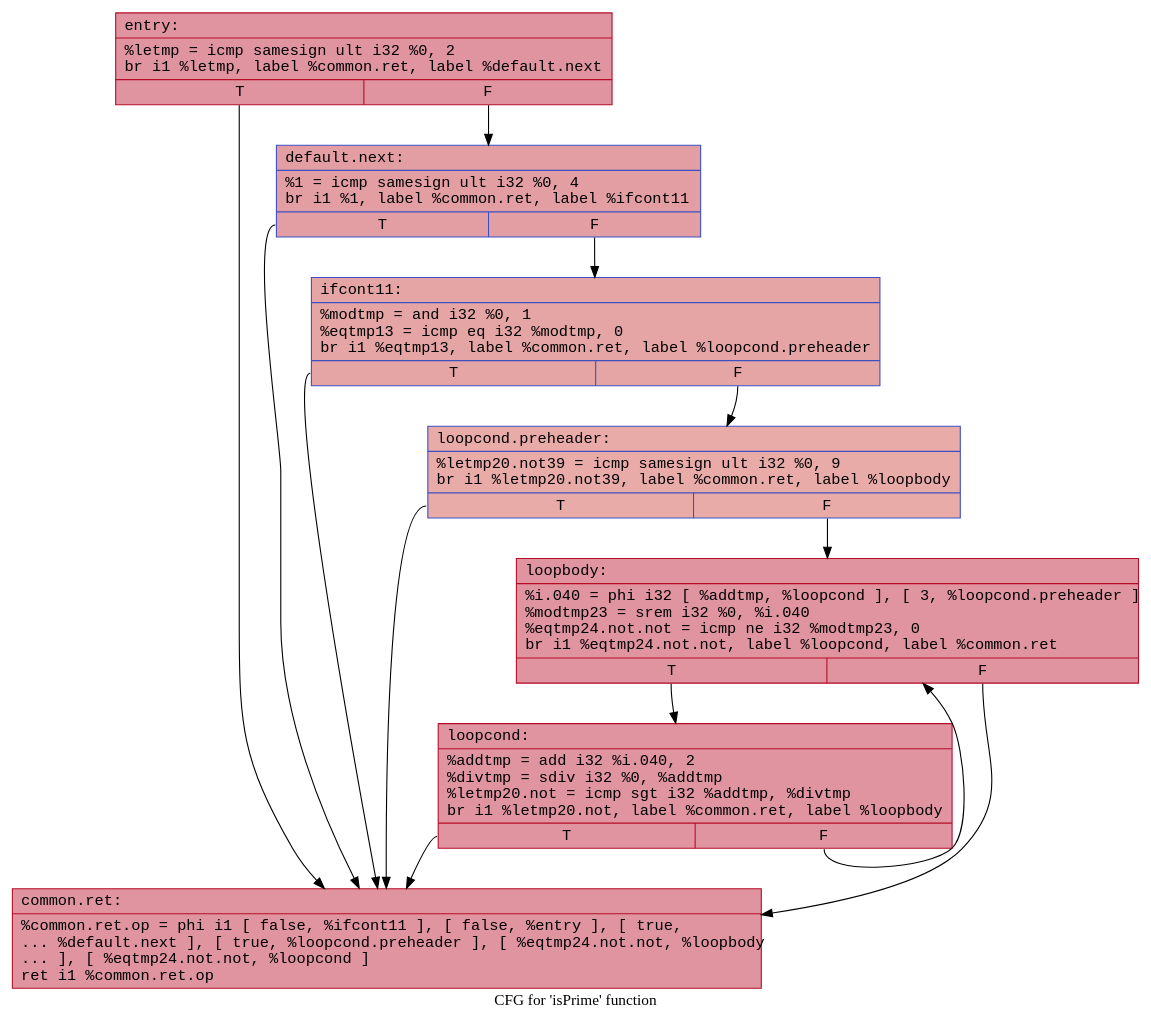
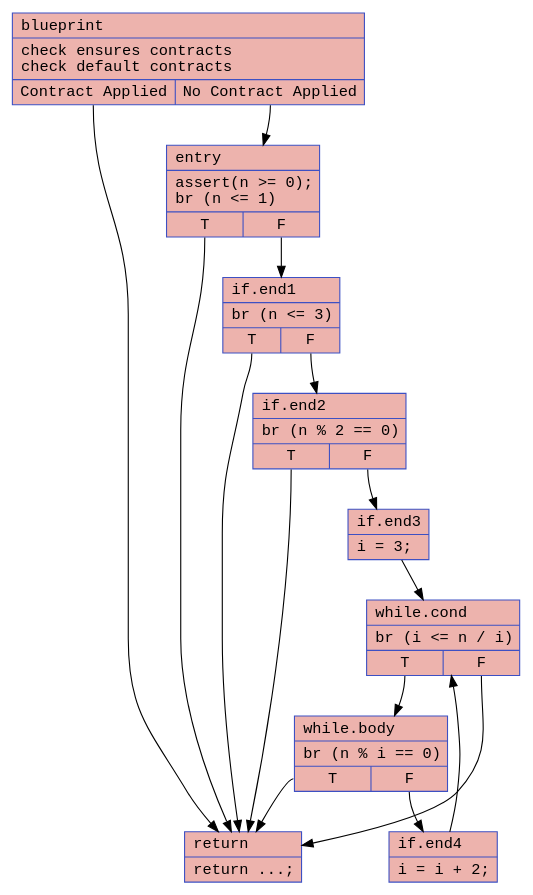
One commit to twanman1412/blueprintScript changed the first of 4 diagrams in examples/prime_test/prime_test.md. Above: the diagram before and after it, drawn with Graphviz. The commit also changed other lines of this file and 58 other files, not shown here.

````diff
--- a/examples/prime_test/prime_test.md
+++ b/examples/prime_test/prime_test.md
@@ -71,25 +4,35 @@
 ```dot
-digraph "CFG for 'isPrime' function" {
-	label="CFG for 'isPrime' function";
+digraph "CFG for isPrime" {
+	blueprint [shape=record, color="#3d50c3ff", style=filled, fillcolor="#d6524470", fontname="Courier", label="{blueprint\l|check ensures contracts\lcheck default contracts\l|{<s0>Contract Applied|<s1>No Contract Applied}}"];
+	blueprint:s0 -> ret;
+	blueprint:s1 -> entry;
 
-	Node0x5625ad029090 [shape=record,color="#b70d28ff", style=filled, fillcolor="#b70d2870", fontname="Courier",label="{entry:\l|  %letmp = icmp samesign ult i32 %0, 2\l  br i1 %letmp, label %common.ret, label %default.next\l|{<s0>T|<s1>F}}"];
-	Node0x5625ad029090:s0 -> Node0x5625ad0291d0;
-	Node0x5625ad029090:s1 -> Node0x5625ad029900;
-	Node0x5625ad0291d0 [shape=record,color="#b70d28ff", style=filled, fillcolor="#b70d2870", fontname="Courier",label="{common.ret:\l|  %common.ret.op = phi i1 [ false, %ifcont11 ], [ false, %entry ], [ true,\l... %default.next ], [ true, %loopcond.preheader ], [ %eqtmp24.not.not, %loopbody\l... ], [ %eqtmp24.not.not, %loopcond ]\l  ret i1 %common.ret.op\l}"];
-	Node0x5625ad029900 [shape=record,color="#3d50c3ff", style=filled, fillcolor="#be242e70", fontname="Courier",label="{default.next:\l|  %1 = icmp samesign ult i32 %0, 4\l  br i1 %1, label %common.ret, label %ifcont11\l|{<s0>T|<s1>F}}"];
-	Node0x5625ad029900:s0 -> Node0x5625ad0291d0;
-	Node0x5625ad029900:s1 -> Node0x5625ad0298a0;
-	Node0x5625ad0298a0 [shape=record,color="#3d50c3ff", style=filled, fillcolor="#c5333470", fontname="Courier",label="{ifcont11:\l|  %modtmp = and i32 %0, 1\l  %eqtmp13 = icmp eq i32 %modtmp, 0\l  br i1 %eqtmp13, label %common.ret, label %loopcond.preheader\l|{<s0>T|<s1>F}}"];
-	Node0x5625ad0298a0:s0 -> Node0x5625ad0291d0;
-	Node0x5625ad0298a0:s1 -> Node0x5625ad02a3e0;
-	Node0x5625ad02a3e0 [shape=record,color="#3d50c3ff", style=filled, fillcolor="#cc403a70", fontname="Courier",label="{loopcond.preheader:\l|  %letmp20.not39 = icmp samesign ult i32 %0, 9\l  br i1 %letmp20.not39, label %common.ret, label %loopbody\l|{<s0>T|<s1>F}}"];
-	Node0x5625ad02a3e0:s0 -> Node0x5625ad0291d0;
-	Node0x5625ad02a3e0:s1 -> Node0x5625ad02a580;
-	Node0x5625ad02a6a0 [shape=record,color="#b70d28ff", style=filled, fillcolor="#b70d2870", fontname="Courier",label="{loopcond:\l|  %addtmp = add i32 %i.040, 2\l  %divtmp = sdiv i32 %0, %addtmp\l  %letmp20.not = icmp sgt i32 %addtmp, %divtmp\l  br i1 %letmp20.not, label %common.ret, label %loopbody\l|{<s0>T|<s1>F}}"];
-	Node0x5625ad02a6a0:s0 -> Node0x5625ad0291d0;
-	Node0x5625ad02a6a0:s1 -> Node0x5625ad02a580;
-	Node0x5625ad02a580 [shape=record,color="#b70d28ff", style=filled, fillcolor="#b70d2870", fontname="Courier",label="{loopbody:\l|  %i.040 = phi i32 [ %addtmp, %loopcond ], [ 3, %loopcond.preheader ]\l  %modtmp23 = srem i32 %0, %i.040\l  %eqtmp24.not.not = icmp ne i32 %modtmp23, 0\l  br i1 %eqtmp24.not.not, label %loopcond, label %common.ret\l|{<s0>T|<s1>F}}"];
-	Node0x5625ad02a580:s0 -> Node0x5625ad02a6a0;
-	Node0x5625ad02a580:s1 -> Node0x5625ad0291d0;
+	entry [shape=record, color="#3d50c3ff", style=filled, fillcolor="#d6524470", fontname="Courier", label="{entry\l|assert(n \>= 0);\lbr (n \<= 1)\l|{<s0>T|<s1>F}}"];
+	entry:s0 -> ret;
+	entry:s1 -> if_end1;
+
+	if_end1 [shape=record, color="#3d50c3ff", style=filled, fillcolor="#d6524470", fontname="Courier", label="{if.end1\l|br (n \<= 3)\l|{<s0>T|<s1>F}}"];
+	if_end1:s0 -> ret;
+	if_end1:s1 -> if_end2;
+
+	if_end2 [shape=record, color="#3d50c3ff", style=filled, fillcolor="#d6524470", fontname="Courier", label="{if.end2\l|br (n % 2 == 0)\l|{<s0>T|<s1>F}}"];
+	if_end2:s0 -> ret;
+	if_end2:s1 -> if_end3;
+
+	if_end3 [shape=record, color="#3d50c3ff", style=filled, fillcolor="#d6524470", fontname="Courier", label="{if.end3\l|i = 3;\l}"];
+	if_end3 -> while_cond;
+
+	while_cond [shape=record, color="#3d50c3ff", style=filled, fillcolor="#d6524470", fontname="Courier", label="{while.cond\l|br (i \<= n / i)\l|{<s0>T|<s1>F}}"];
+	while_cond:s0 -> while_body;
+	while_cond:s1 -> ret;
+
+	while_body [shape=record, color="#3d50c3ff", style=filled, fillcolor="#d6524470", fontname="Courier", label="{while.body\l|br (n % i == 0)\l|{<s0>T|<s1>F}}"];
+	while_body:s0 -> ret;
+	while_body:s1 -> if_end4;
+
+	if_end4 [shape=record, color="#3d50c3ff", style=filled, fillcolor="#d6524470", fontname="Courier", label="{if.end4\l|i = i + 2;\l}"];
+	if_end4 -> while_cond;
+
+	ret [shape=record, color="#3d50c3ff", style=filled, fillcolor="#d6524470", fontname="Courier", label="{return\l|return ...;\l}"];
 }
 ```
````
